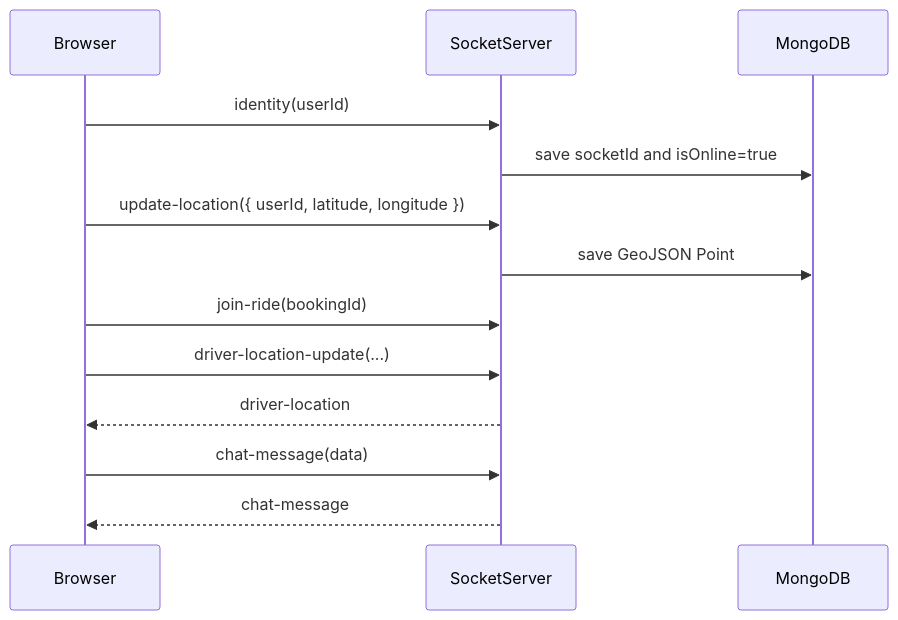
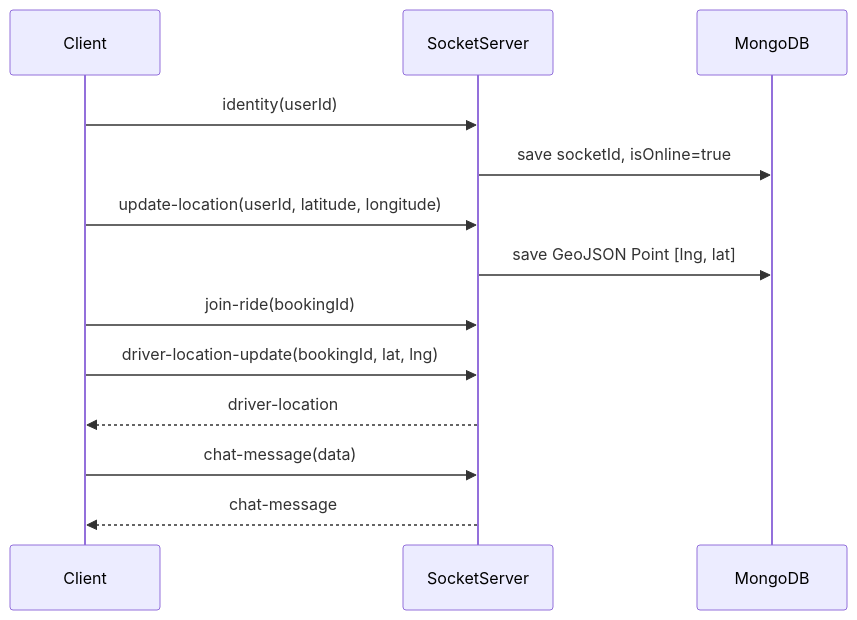
Before and after one commit to Piyush467/Rydex: the fourth of 7 diagrams in README.md, drawn with Mermaid. The commit also changed other lines of this file, not shown here.

````diff
--- a/README.md
+++ b/README.md
@@ -229,15 +327,16 @@
 ```mermaid
 sequenceDiagram
-  participant Browser
+  participant Client
   participant SocketServer
   participant MongoDB
-  Browser->>SocketServer: identity(userId)
-  SocketServer->>MongoDB: save socketId and isOnline=true
-  Browser->>SocketServer: update-location({ userId, latitude, longitude })
-  SocketServer->>MongoDB: save GeoJSON Point
-  Browser->>SocketServer: join-ride(bookingId)
-  Browser->>SocketServer: driver-location-update(...)
-  SocketServer-->>Browser: driver-location
-  Browser->>SocketServer: chat-message(data)
-  SocketServer-->>Browser: chat-message
+
+  Client->>SocketServer: identity(userId)
+  SocketServer->>MongoDB: save socketId, isOnline=true
+  Client->>SocketServer: update-location(userId, latitude, longitude)
+  SocketServer->>MongoDB: save GeoJSON Point [lng, lat]
+  Client->>SocketServer: join-ride(bookingId)
+  Client->>SocketServer: driver-location-update(bookingId, lat, lng)
+  SocketServer-->>Client: driver-location
+  Client->>SocketServer: chat-message(data)
+  SocketServer-->>Client: chat-message
 ```
````
